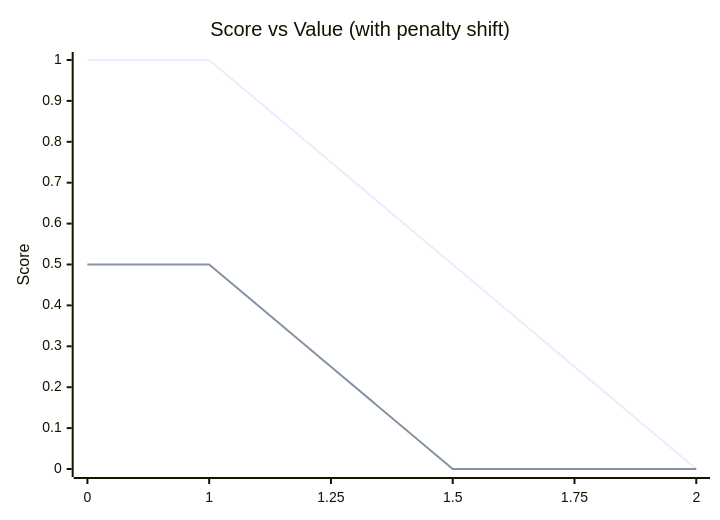
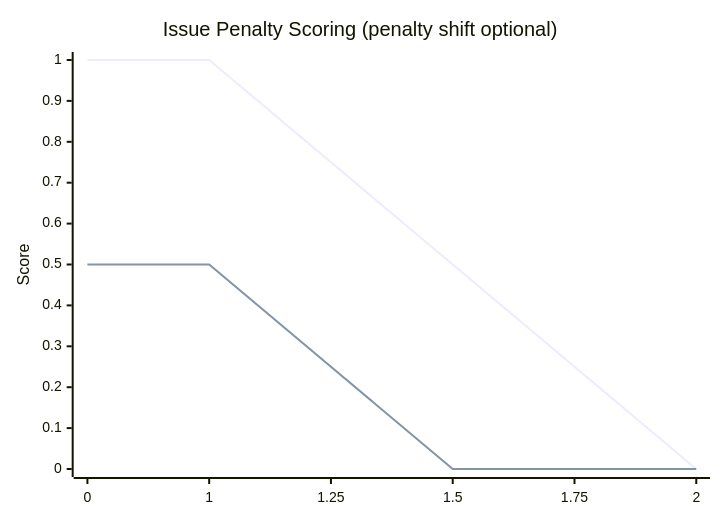
Before and after one commit to code-pushup/cli: the seventh of 7 diagrams in packages/cli/docs/scoring.md, drawn with Mermaid. The commit also changed other lines of this file, not shown here.

````diff
--- a/packages/cli/docs/scoring.md
+++ b/packages/cli/docs/scoring.md
@@ -370,8 +373,8 @@
 ```mermaid
 xychart-beta
-    title "Score vs Value (with penalty shift)"
+    title "Issue Penalty Scoring (penalty shift optional)"
     x-axis [0, 1, 1.25, 1.5, 1.75, 2]
     y-axis "Score" 0 --> 1
     line Original  [1, 1,   0.75, 0.5, 0.25, 0]
     line Penalized [0.5, 0.5, 0.25, 0,   0,    0]
 ```
````
